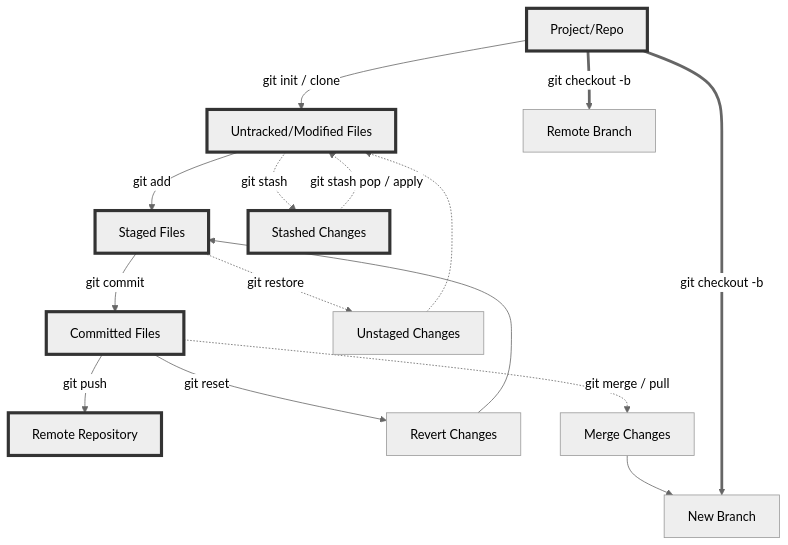
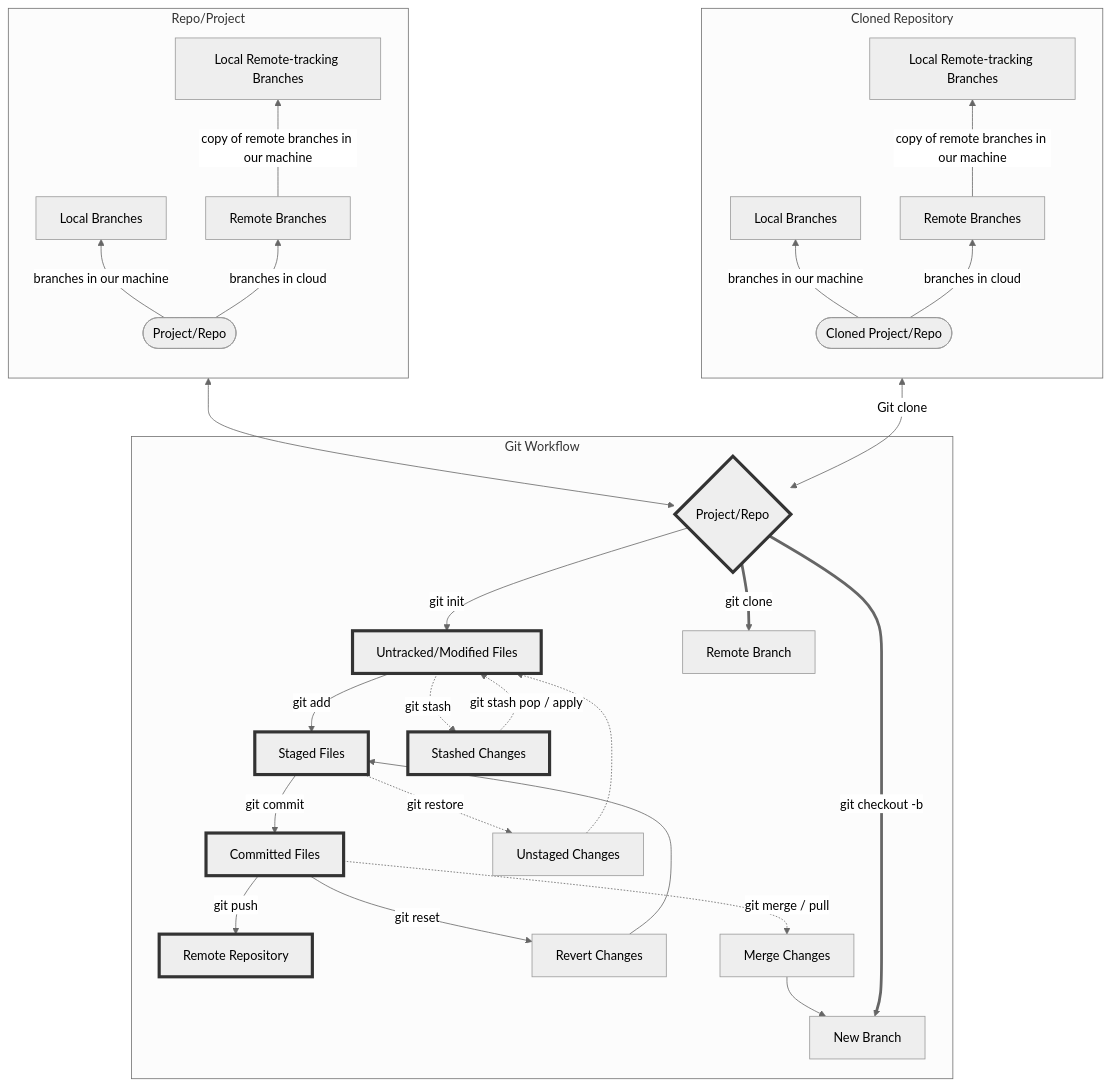
One commit to knkrn5/Programming-Concepts changed the diagram in git.mmd. Above: the diagram before and after it, drawn with Mermaid (neutral theme). The commit also changed 4 other files, not shown here.

Commit message:
Enhance Git documentation: update flowcharts for repository structure and workflow, adding clarity to local and remote branches, and include optional actions for better understanding of Git commands.

```diff
--- a/git.mmd
+++ b/git.mmd
@@ -1,23 +1,44 @@
-graph TD
-    A[Project/Repo] --> |git init / clone| B[Untracked/Modified Files]
-    B -->|git add| C[Staged Files]
-    C -->|git commit| D[Committed Files]
-    C -.->|git restore| I[Unstaged Changes] -.-> B
-    D -->|git push| E[Remote Repository]
-    D -->|git reset| G[Revert Changes] --> C
+flowchart TD
+    subgraph RepoGraph[Repo/Project]
+    direction BT
+        Repo([Project/Repo])
+        Repo -->|branches in our machine| RepoB[Local Branches]
+        Repo -->|branches in cloud| RepoC[Remote Branches]
+        RepoC -->|copy of remote branches in our machine| RepoD[Local Remote-tracking Branches]
+    end
 
-    %% Optional actions
-    B -.->|git stash| F[Stashed Changes]
-    F -.->|git stash pop / apply| B
+    subgraph GitGraph[Git Workflow]
+        A{Project/Repo} -->|git init| B[Untracked/Modified Files]
+        B -->|git add| C[Staged Files]
+        C -->|git commit| D[Committed Files]
+        C -.->|git restore| I[Unstaged Changes] -.-> B
+        D -->|git push| E[Remote Repository]
+        D -->|git reset| G[Revert Changes] --> C
 
-    D -.->|git merge / pull| H[Merge Changes]--> J
-    
-    A ==>|git checkout -b| J[New Branch]
-    A ==>|git checkout -b| K[Remote Branch]
+        %% Optional actions
+        B -.->|git stash| F[Stashed Changes]
+        F -.->|git stash pop / apply| B
 
-    style A stroke:#333,stroke-width:4px
-    style B stroke:#333,stroke-width:4px
-    style C stroke:#333,stroke-width:4px
-    style D stroke:#333,stroke-width:4px
-    style E stroke:#333,stroke-width:4px
-    style F stroke:#333,stroke-width:4px
+        D -.->|git merge / pull| H[Merge Changes]--> J
+
+        A ==>|git checkout -b| J[New Branch]
+        A ==>|git clone| K[Remote Branch]
+
+        style A stroke:#333,stroke-width:4px
+        style B stroke:#333,stroke-width:4px
+        style C stroke:#333,stroke-width:4px
+        style D stroke:#333,stroke-width:4px
+        style E stroke:#333,stroke-width:4px
+        style F stroke:#333,stroke-width:4px
+    end
+
+    subgraph CloneRepo[Cloned Repository]
+    direction BT
+        CloneRepoA([Cloned Project/Repo])
+        CloneRepoA -->|branches in our machine| CloneRepoB[Local Branches]
+        CloneRepoA -->|branches in cloud| CloneRepoC[Remote Branches]
+        CloneRepoC -->|copy of remote branches in our machine| CloneRepoD[Local Remote-tracking Branches]
+    end
+
+    RepoGraph <--> A
+    CloneRepo <-->|Git clone| A
```
